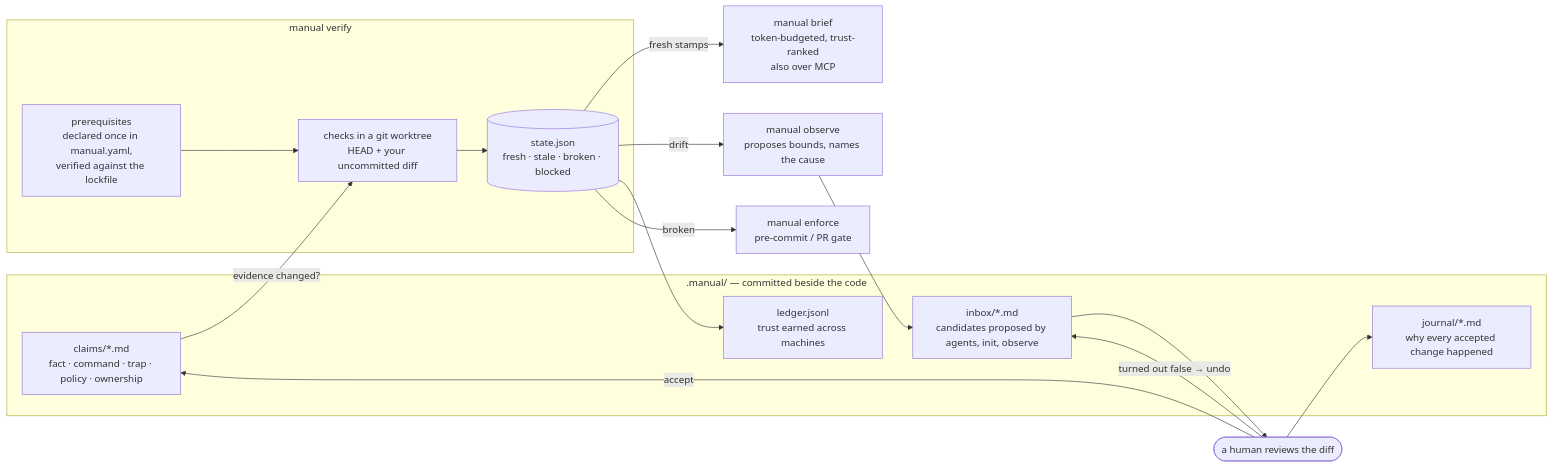
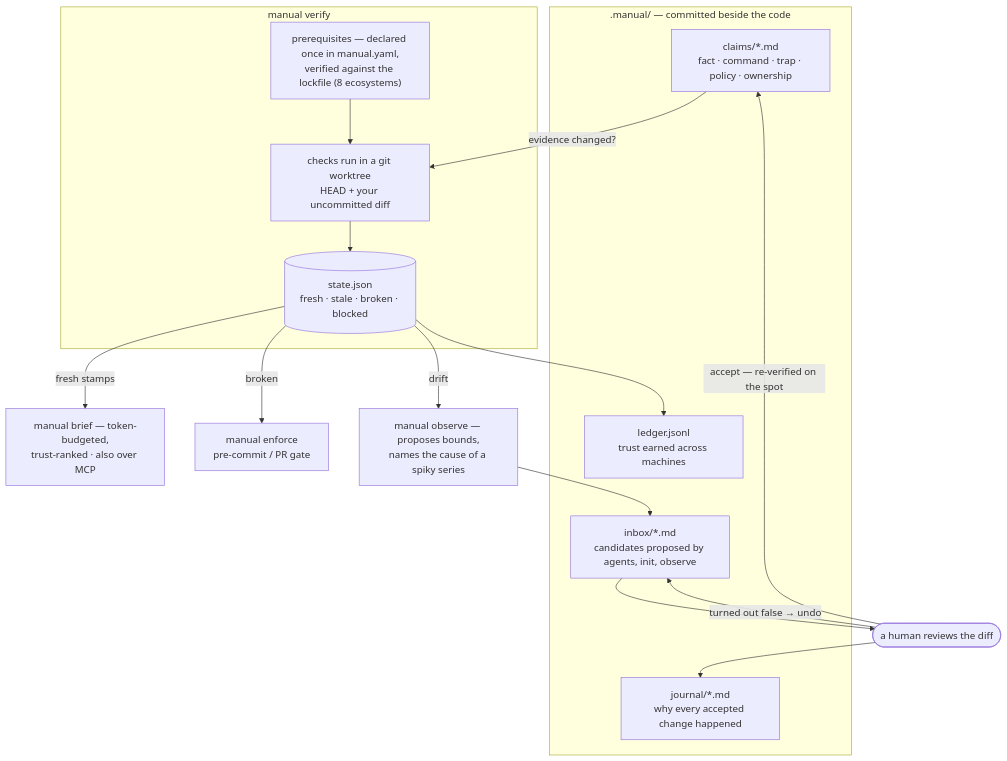
Before and after one commit to phantomghost2023/manual-cli: the diagram in README.md, drawn with Mermaid.

Commit message:
Lay the workflow diagram out top-to-bottom so it reads at README width
🤖 Generated with Codebuff

````diff
--- a/README.md
+++ b/README.md
@@ -11,30 +11,29 @@
 ```mermaid
-flowchart LR
+flowchart TB
     subgraph REPO[".manual/ — committed beside the code"]
         CLAIMS["claims/*.md<br/>fact · command · trap · policy · ownership"]
         INBOX["inbox/*.md<br/>candidates proposed by agents, init, observe"]
         JOURNAL["journal/*.md<br/>why every accepted change happened"]
         LEDGER["ledger.jsonl<br/>trust earned across machines"]
     end
 
     subgraph VERIFY["manual verify"]
-        SETUP["prerequisites<br/>declared once in manual.yaml,<br/>verified against the lockfile"]
-        SANDBOX["checks in a git worktree<br/>HEAD + your uncommitted diff"]
+        SETUP["prerequisites — declared once in manual.yaml,<br/>verified against the lockfile (8 ecosystems)"] -->
+        SANDBOX["checks run in a git worktree<br/>HEAD + your uncommitted diff"] -->
         STATE[("state.json<br/>fresh · stale · broken · blocked")]
     end
 
+    CLAIMS -->|"evidence changed?"| SANDBOX
+
+    STATE -->|"fresh stamps"| BRIEF["manual brief — token-budgeted,<br/>trust-ranked · also over MCP"]
+    STATE -->|"broken"| GATE["manual enforce<br/>pre-commit / PR gate"]
+    STATE -->|"drift"| OBSERVE["manual observe — proposes bounds,<br/>names the cause of a spiky series"]
+
+    OBSERVE --> INBOX
     HUMAN(["a human reviews the diff"])
-
-    CLAIMS -->|"evidence changed?"| SANDBOX
-    SETUP --> SANDBOX
-    SANDBOX --> STATE
-    STATE -->|"fresh stamps"| BRIEF["manual brief<br/>token-budgeted, trust-ranked<br/>also over MCP"]
-    STATE -->|"drift"| OBSERVE["manual observe<br/>proposes bounds, names the cause"]
-    OBSERVE --> INBOX
     INBOX --> HUMAN
-    HUMAN -->|"accept"| CLAIMS
+    HUMAN -->|"accept — re-verified on the spot"| CLAIMS
     HUMAN -->|"turned out false → undo"| INBOX
     HUMAN --> JOURNAL
     STATE --> LEDGER
-    STATE -->|"broken"| GATE["manual enforce<br/>pre-commit / PR gate"]
 ```
````
